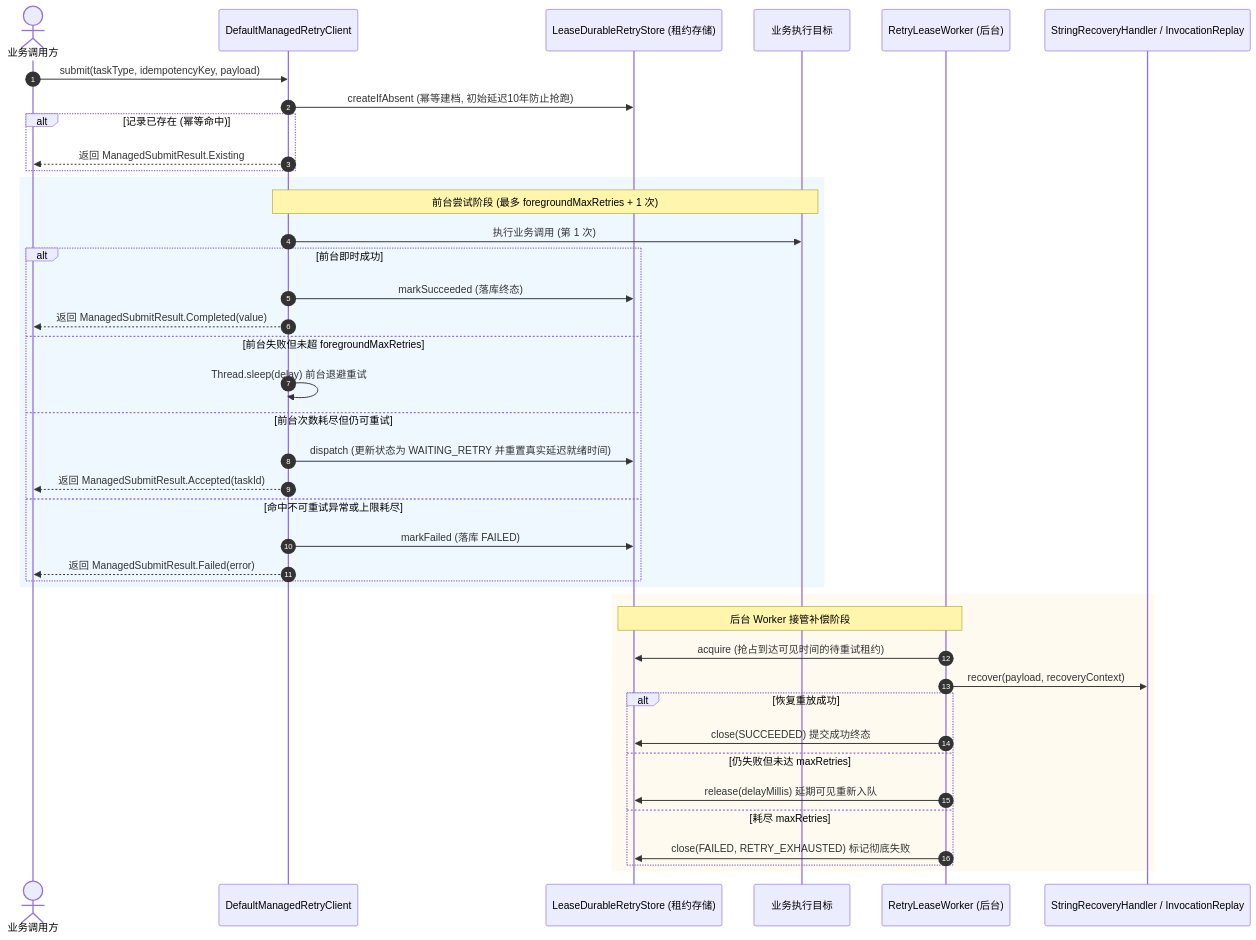
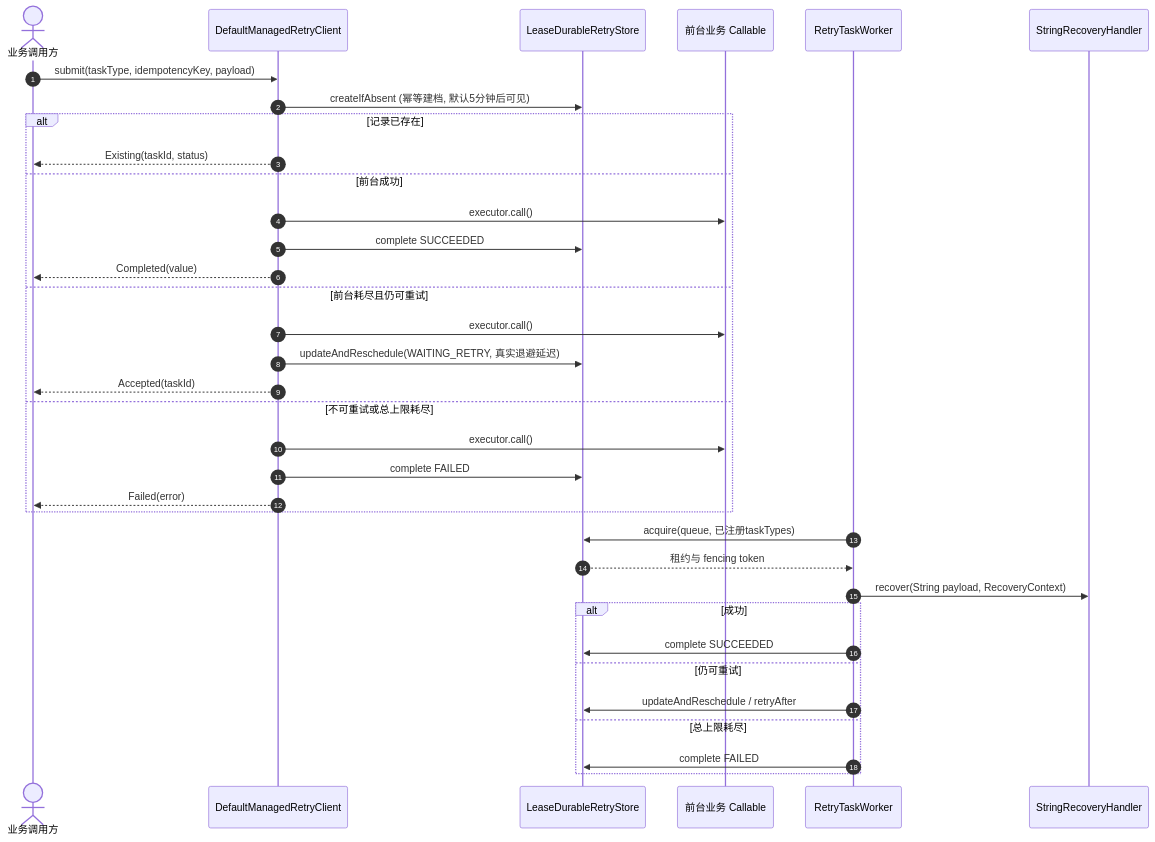
The diagram in docs/retry/retry-managed.md (team4u/team4u-framework), drawn with Mermaid before and after one commit. The commit also changed other lines of this file and 179 other files, not shown here.

````diff
--- a/docs/retry/retry-managed.md
+++ b/docs/retry/retry-managed.md
@@ -9,46 +7,39 @@
 ```mermaid
 sequenceDiagram
     autonumber
     actor Caller as 业务调用方
     participant Client as DefaultManagedRetryClient
-    participant Store as LeaseDurableRetryStore (租约存储)
-    participant Target as 业务执行目标
-    participant Worker as RetryLeaseWorker (后台)
-    participant Handler as StringRecoveryHandler / InvocationReplay
+    participant Store as LeaseDurableRetryStore
+    participant Target as 前台业务 Callable
+    participant Worker as RetryTaskWorker
+    participant Handler as StringRecoveryHandler
 
     Caller->>Client: submit(taskType, idempotencyKey, payload)
-    Client->>Store: createIfAbsent (幂等建档, 初始延迟10年防止抢跑)
-    alt 记录已存在 (幂等命中)
-        Client-->>Caller: 返回 ManagedSubmitResult.Existing
-    end
-    
-    rect rgb(240, 248, 255)
-        Note over Client,Target: 前台尝试阶段 (最多 foregroundMaxRetries + 1 次)
-        Client->>Target: 执行业务调用 (第 1 次)
-        alt 前台即时成功
-            Client->>Store: markSucceeded (落库终态)
-            Client-->>Caller: 返回 ManagedSubmitResult.Completed(value)
-        else 前台失败但未超 foregroundMaxRetries
-            Client->>Client: Thread.sleep(delay) 前台退避重试
-        else 前台次数耗尽但仍可重试
-            Client->>Store: dispatch (更新状态为 WAITING_RETRY 并重置真实延迟就绪时间)
-            Client-->>Caller: 返回 ManagedSubmitResult.Accepted(taskId)
-        else 命中不可重试异常或上限耗尽
-            Client->>Store: markFailed (落库 FAILED)
-            Client-->>Caller: 返回 ManagedSubmitResult.Failed(error)
-        end
+    Client->>Store: createIfAbsent (幂等建档, 默认5分钟后可见)
+    alt 记录已存在
+        Client-->>Caller: Existing(taskId, status)
+    else 前台成功
+        Client->>Target: executor.call()
+        Client->>Store: complete SUCCEEDED
+        Client-->>Caller: Completed(value)
+    else 前台耗尽且仍可重试
+        Client->>Target: executor.call()
+        Client->>Store: updateAndReschedule(WAITING_RETRY, 真实退避延迟)
+        Client-->>Caller: Accepted(taskId)
+    else 不可重试或总上限耗尽
+        Client->>Target: executor.call()
+        Client->>Store: complete FAILED
+        Client-->>Caller: Failed(error)
     end
 
-    rect rgb(255, 250, 240)
-        Note over Store,Worker: 后台 Worker 接管补偿阶段
-        Worker->>Store: acquire (抢占到达可见时间的待重试租约)
-        Worker->>Handler: recover(payload, recoveryContext)
-        alt 恢复重放成功
-            Worker->>Store: close(SUCCEEDED) 提交成功终态
-        else 仍失败但未达 maxRetries
-            Worker->>Store: release(delayMillis) 延期可见重新入队
-        else 耗尽 maxRetries
-            Worker->>Store: close(FAILED, RETRY_EXHAUSTED) 标记彻底失败
-        end
+    Worker->>Store: acquire(queue, 已注册taskTypes)
+    Store-->>Worker: 租约与 fencing token
+    Worker->>Handler: recover(String payload, RecoveryContext)
+    alt 成功
+        Worker->>Store: complete SUCCEEDED
+    else 仍可重试
+        Worker->>Store: updateAndReschedule / retryAfter
+    else 总上限耗尽
+        Worker->>Store: complete FAILED
     end
 ```
````
